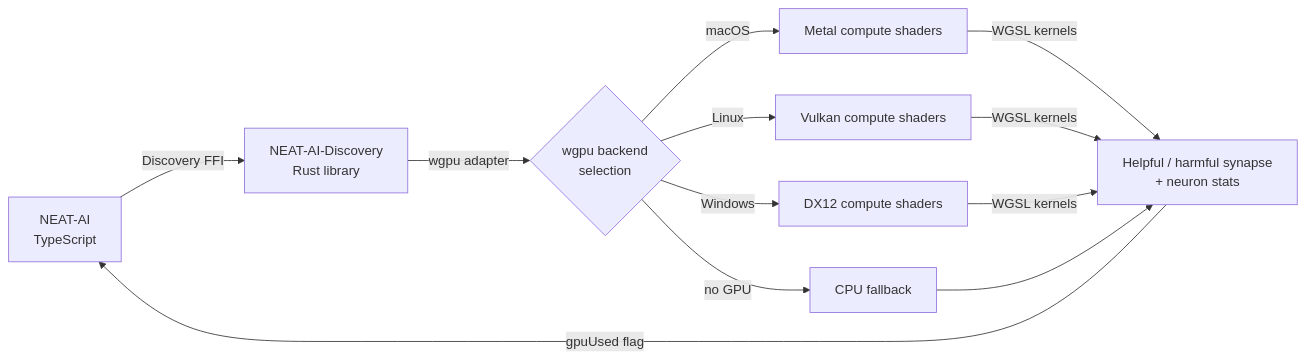
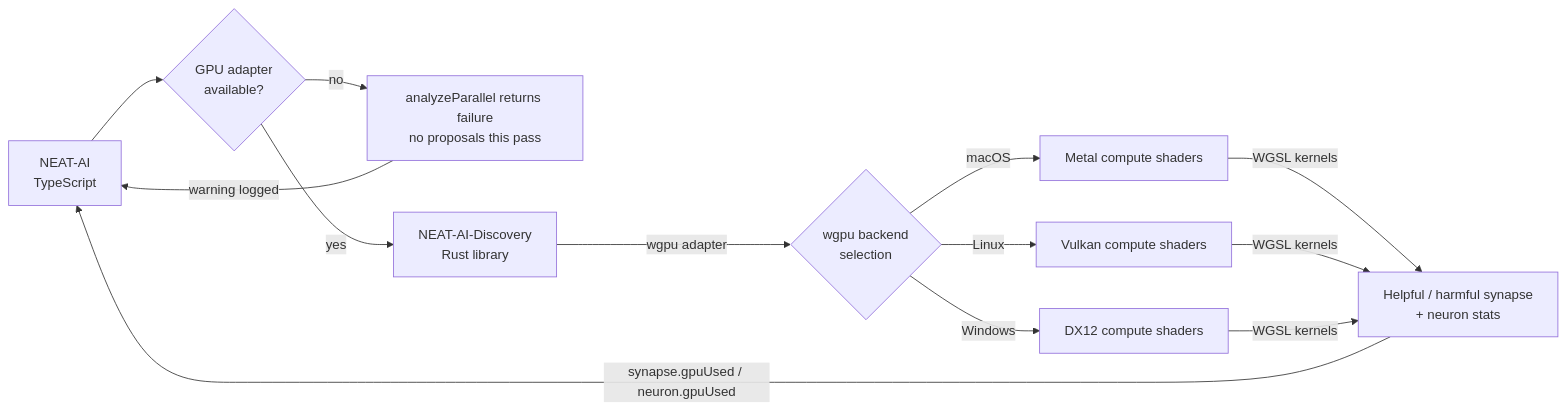
Before and after one commit to stSoftwareAU/NEAT-AI: the diagram in docs/GPU_ACCELERATION.md, drawn with Mermaid. The commit also changed other lines of this file and 15 other files, not shown here.

First line of the commit message:
Docs: discovery analysis is GPU-only, not CPU-fallback (Issue #3692)

````diff
--- a/docs/GPU_ACCELERATION.md
+++ b/docs/GPU_ACCELERATION.md
@@ -69,12 +76,13 @@
 ```mermaid
 flowchart LR
-    NEAT[NEAT-AI<br/>TypeScript] -->|Discovery FFI| Rust[NEAT-AI-Discovery<br/>Rust library]
+    NEAT[NEAT-AI<br/>TypeScript] --> Guard{GPU adapter<br/>available?}
+    Guard -->|no| Skip[analyzeParallel returns failure<br/>no proposals this pass]
+    Guard -->|yes| Rust[NEAT-AI-Discovery<br/>Rust library]
     Rust -->|wgpu adapter| Pick{wgpu backend<br/>selection}
     Pick -->|macOS| Metal[Metal compute shaders]
     Pick -->|Linux| Vulkan[Vulkan compute shaders]
     Pick -->|Windows| DX12[DX12 compute shaders]
-    Pick -->|no GPU| CPUFallback[CPU fallback]
     Metal & Vulkan & DX12 -->|WGSL kernels| Results[Helpful / harmful synapse<br/>+ neuron stats]
-    CPUFallback --> Results
-    Results -->|gpuUsed flag| NEAT
+    Results -->|synapse.gpuUsed / neuron.gpuUsed| NEAT
+    Skip -->|warning logged| NEAT
 ```
````
